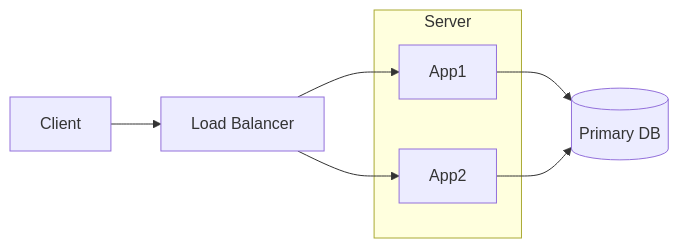
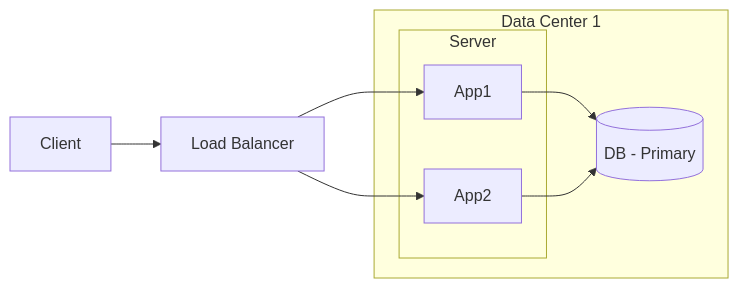
Before and after one commit to danishnetp/learning-system-design-concepts: the first of 3 diagrams in src/main/java/com/system/design/high_level_design/code_concept/design-high-availability-architecture.md, drawn with Mermaid. The commit also changed other lines of this file, not shown here.

````diff
--- a/src/main/java/com/system/design/high_level_design/code_concept/design-high-availability-architecture.md
+++ b/src/main/java/com/system/design/high_level_design/code_concept/design-high-availability-architecture.md
@@ -70,12 +72,15 @@
 ```mermaid
 flowchart LR
-    C[Client] --> LB[Load Balancer]
-    subgraph Server
-        A1[App1]
-        A2[App2]
-    end
-    LB --> A1
-    LB --> A2
-    A1 --> DB[(Primary DB)]
-    A2 --> DB
+	C[Client] --> LB[Load Balancer]
+	subgraph DC1[Data Center 1]
+		subgraph Server[Server]
+			A1[App1]
+			A2[App2]
+		end
+		DB1[(DB - Primary)]
+	end
+	LB --> A1
+	LB --> A2
+	A1 --> DB1
+	A2 --> DB1
 ```
````
